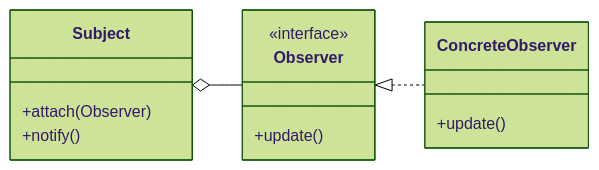
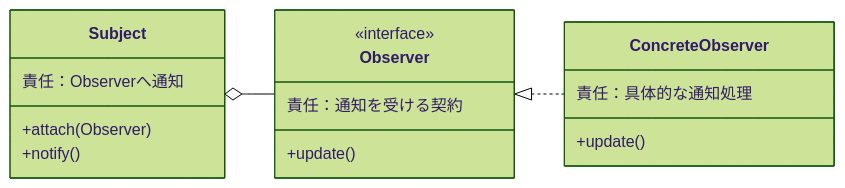
Diagram 21 of 21 in kindle/design-patterns/books/volume01-core-patterns/output/05-chapter03.md (kumachan1101-pixel/DesignPattern), drawn with Mermaid (forest theme) before and after one commit. The commit also changed other lines of this file and 12 other files, not shown here.

````diff
--- a/kindle/design-patterns/books/volume01-core-patterns/output/05-chapter03.md
+++ b/kindle/design-patterns/books/volume01-core-patterns/output/05-chapter03.md
@@ -3008,18 +3027,21 @@
 ```mermaid
 classDiagram
     direction LR
     class Subject {
+        責任：Observerへ通知
         +attach(Observer)
         +notify()
     }
     class Observer {
         <<interface>>
+        責任：通知を受ける契約
         +update()
     }
     class ConcreteObserver {
+        責任：具体的な通知処理
         +update()
     }
     Subject o-- Observer
     Observer <|.. ConcreteObserver
 
 ```
````
